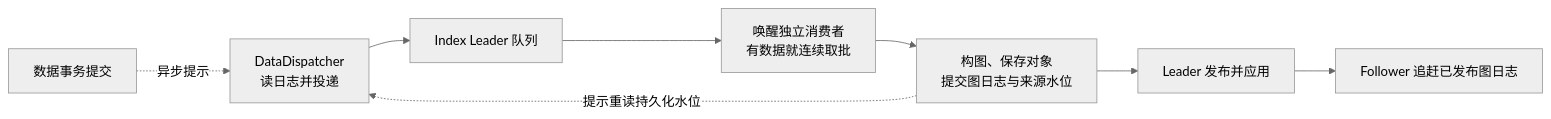
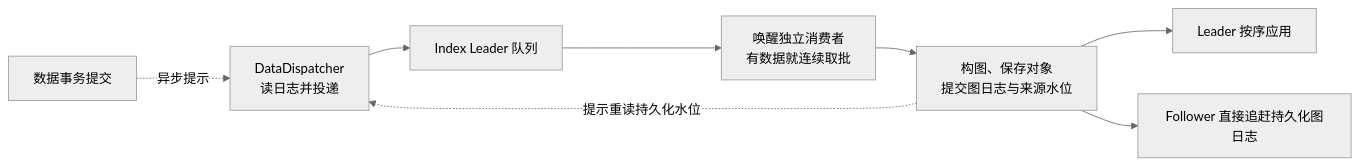
One commit to youyou-myheart/vecdb changed the first of 2 diagrams in PIPELINE_LATENCY.md. Above: the diagram before and after it, drawn with Mermaid (neutral theme). The commit also changed other lines of this file and 95 other files, not shown here.

First line of the commit message:
Optimize graph replication with reference logs and leased writers

````diff
--- a/PIPELINE_LATENCY.md
+++ b/PIPELINE_LATENCY.md
@@ -9,10 +12,10 @@
 ```mermaid
 flowchart LR
     W[数据事务提交] -.异步提示.-> D[DataDispatcher<br/>读日志并投递]
     D --> Q[Index Leader 队列]
     Q --> C[唤醒独立消费者<br/>有数据就连续取批]
     C --> G[构图、保存对象<br/>提交图日志与来源水位]
     G -.提示重读持久化水位.-> D
-    G --> V[Leader 发布并应用]
-    V --> F[Follower 追赶已发布图日志]
+    G --> V[Leader 按序应用]
+    G --> F[Follower 直接追赶持久化图日志]
 ```
````
